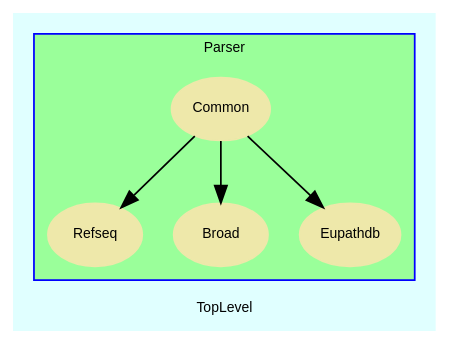
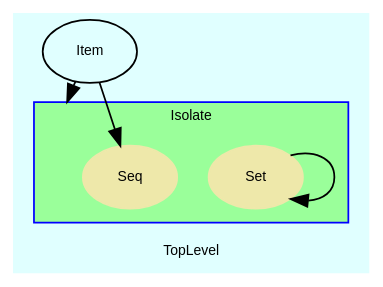
The diagram in doc/dot/f_4.dot (ddiez/seqminer), drawn with Graphviz before and after one commit. The commit also changed 125 other files, not shown here.

```diff
--- a/doc/dot/f_4.dot
+++ b/doc/dot/f_4.dot
@@ -1,77 +1,64 @@
 digraph TopLevel {
     label = "TopLevel"
     compound = true
     fontname = Arial
     fontsize = 8
     bgcolor = lightcyan1
     node [
         color = black,
         fontname = Arial,
         fontsize = 8
     ]
 
-    Parser__Common -> Parser__Refseq [
+    Isolate__Set -> Isolate__Set [
 
     ]
 
-    Parser__Common -> Parser__Broad [
+    Item [
+        URL = "classes/Item.html",
+        label = "Item"
+    ]
+
+    Item -> Isolate__Seq [
 
     ]
 
-    Parser__Common -> Parser__Eupathdb [
-
-    ]
-
-    subgraph cluster_Parser {
-        label = "Parser"
+    subgraph cluster_Isolate {
+        label = "Isolate"
         fillcolor = palegreen1
-        URL = "classes/Parser.html"
+        URL = "classes/Isolate.html"
         color = blue
         fontname = Arial
         style = filled
-        Parser [
+        Isolate [
             shape = plaintext,
             height = 0.01,
             width = 0.01,
             label = ""
         ]
 
-        Parser__Common [
+        Isolate__Set [
             fontcolor = black,
             shape = ellipse,
-            URL = "classes/Parser/Common.html",
+            URL = "classes/Isolate/Set.html",
             color = palegoldenrod,
             style = filled,
-            label = "Common"
+            label = "Set"
         ]
 
-        Parser__Refseq [
+        Isolate__Seq [
             fontcolor = black,
             shape = ellipse,
-            URL = "classes/Parser/Refseq.html",
+            URL = "classes/Isolate/Seq.html",
             color = palegoldenrod,
             style = filled,
-            label = "Refseq"
-        ]
-
-        Parser__Broad [
-            fontcolor = black,
-            shape = ellipse,
-            URL = "classes/Parser/Broad.html",
-            color = palegoldenrod,
-            style = filled,
-            label = "Broad"
-        ]
-
-        Parser__Eupathdb [
-            fontcolor = black,
-            shape = ellipse,
-            URL = "classes/Parser/Eupathdb.html",
-            color = palegoldenrod,
-            style = filled,
-            label = "Eupathdb"
+            label = "Seq"
         ]
 
     }
 
+    Item -> Isolate [
+        lhead = cluster_Isolate
+    ]
+
 }
```
